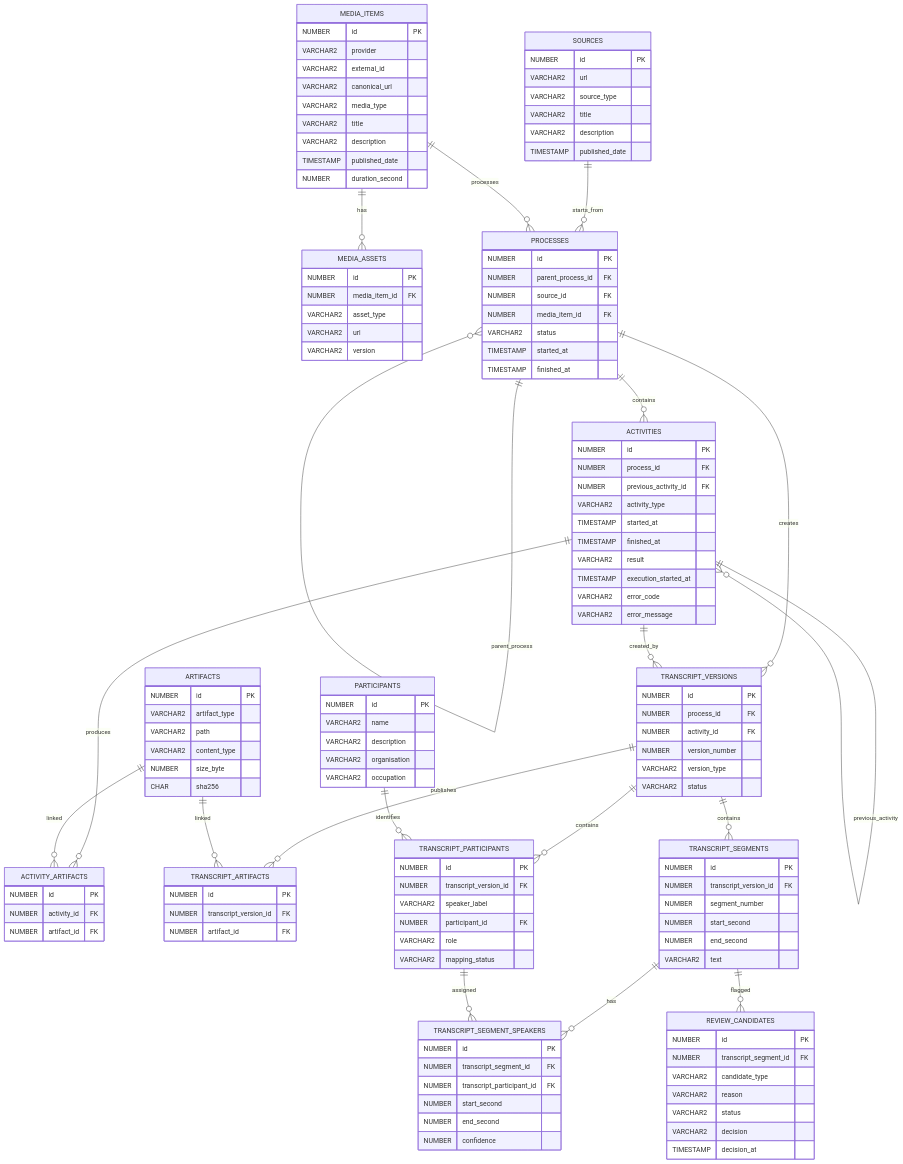
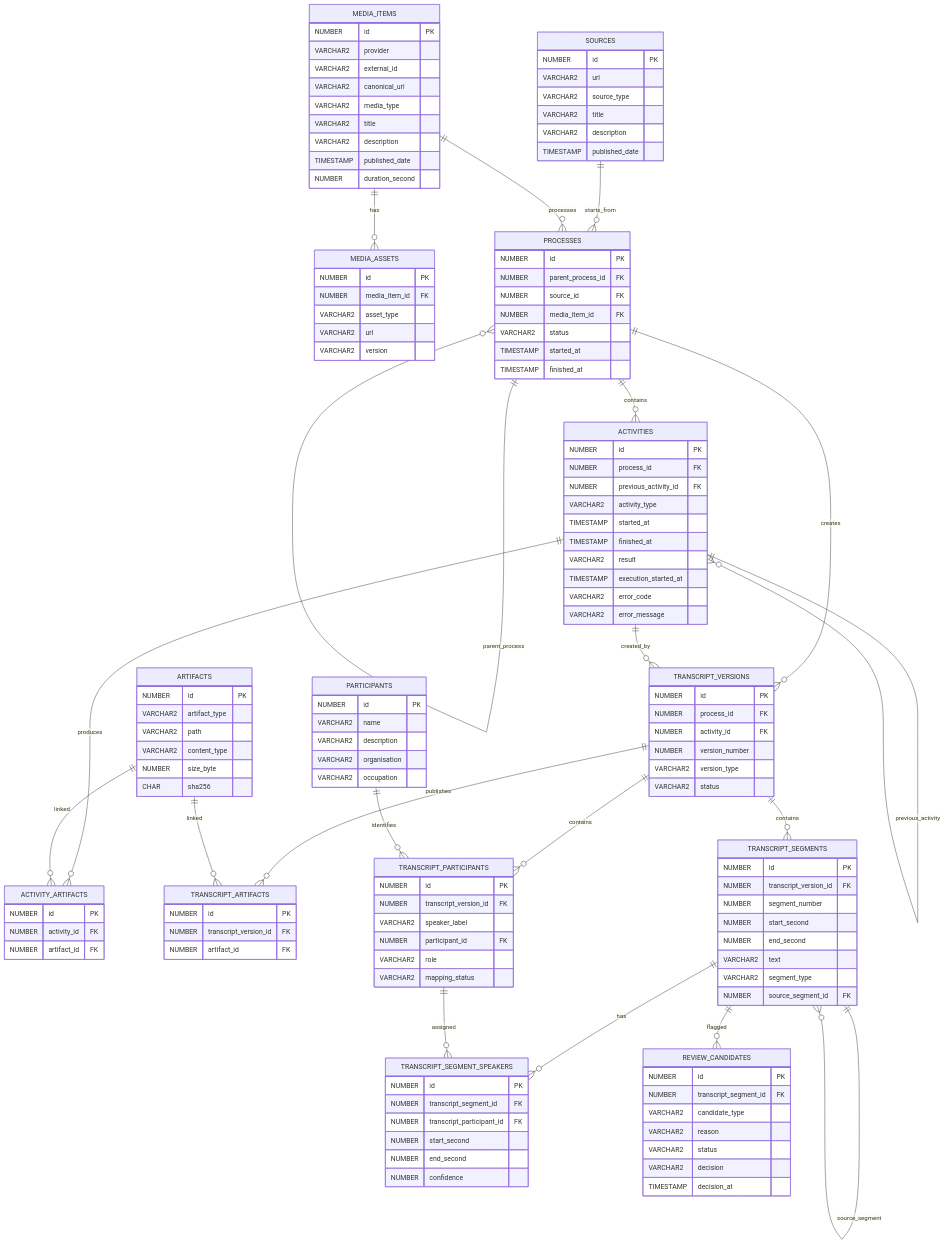
One commit to alarj/err_video_to_text changed the diagram in db/erd.md. Above: the diagram before and after it, drawn with Mermaid. The commit also changed other lines of this file and 14 other files, not shown here.

```diff
--- a/db/erd.md
+++ b/db/erd.md
@@ -20,6 +20,7 @@
     TRANSCRIPT_VERSIONS ||--o{ TRANSCRIPT_PARTICIPANTS : contains
     PARTICIPANTS ||--o{ TRANSCRIPT_PARTICIPANTS : identifies
     TRANSCRIPT_VERSIONS ||--o{ TRANSCRIPT_SEGMENTS : contains
+    TRANSCRIPT_SEGMENTS ||--o{ TRANSCRIPT_SEGMENTS : source_segment
     TRANSCRIPT_SEGMENTS ||--o{ TRANSCRIPT_SEGMENT_SPEAKERS : has
     TRANSCRIPT_PARTICIPANTS ||--o{ TRANSCRIPT_SEGMENT_SPEAKERS : assigned
     TRANSCRIPT_SEGMENTS ||--o{ REVIEW_CANDIDATES : flagged
@@ -119,6 +120,8 @@
         NUMBER start_second
         NUMBER end_second
         VARCHAR2 text
+        VARCHAR2 segment_type
+        NUMBER source_segment_id FK
     }
     TRANSCRIPT_SEGMENT_SPEAKERS {
         NUMBER id PK
```
